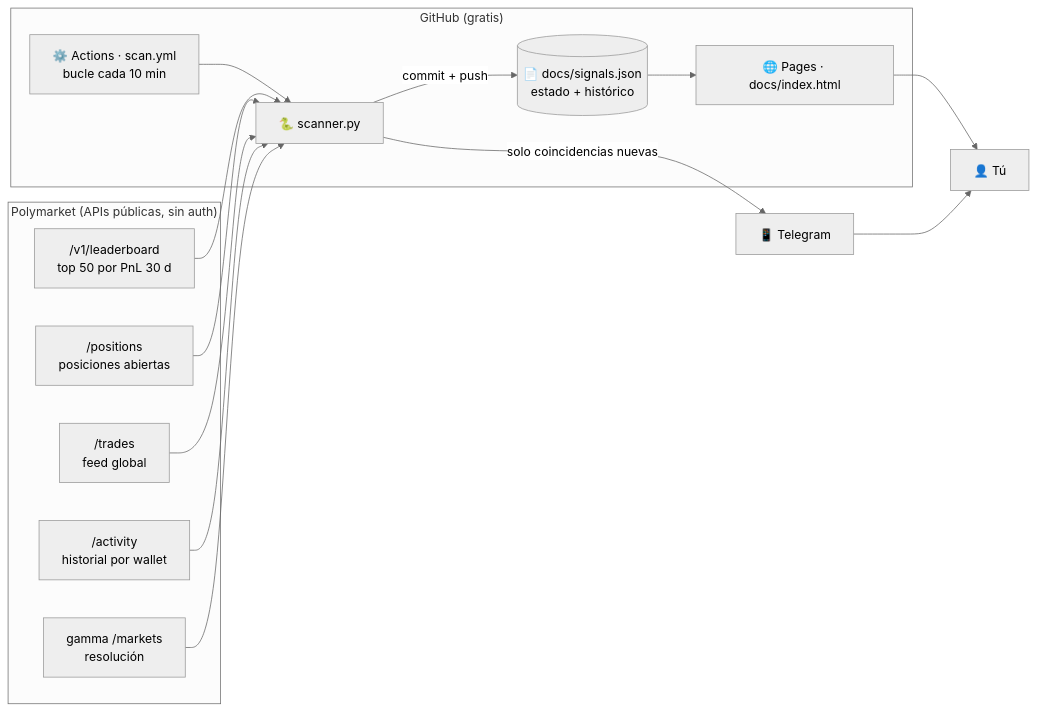
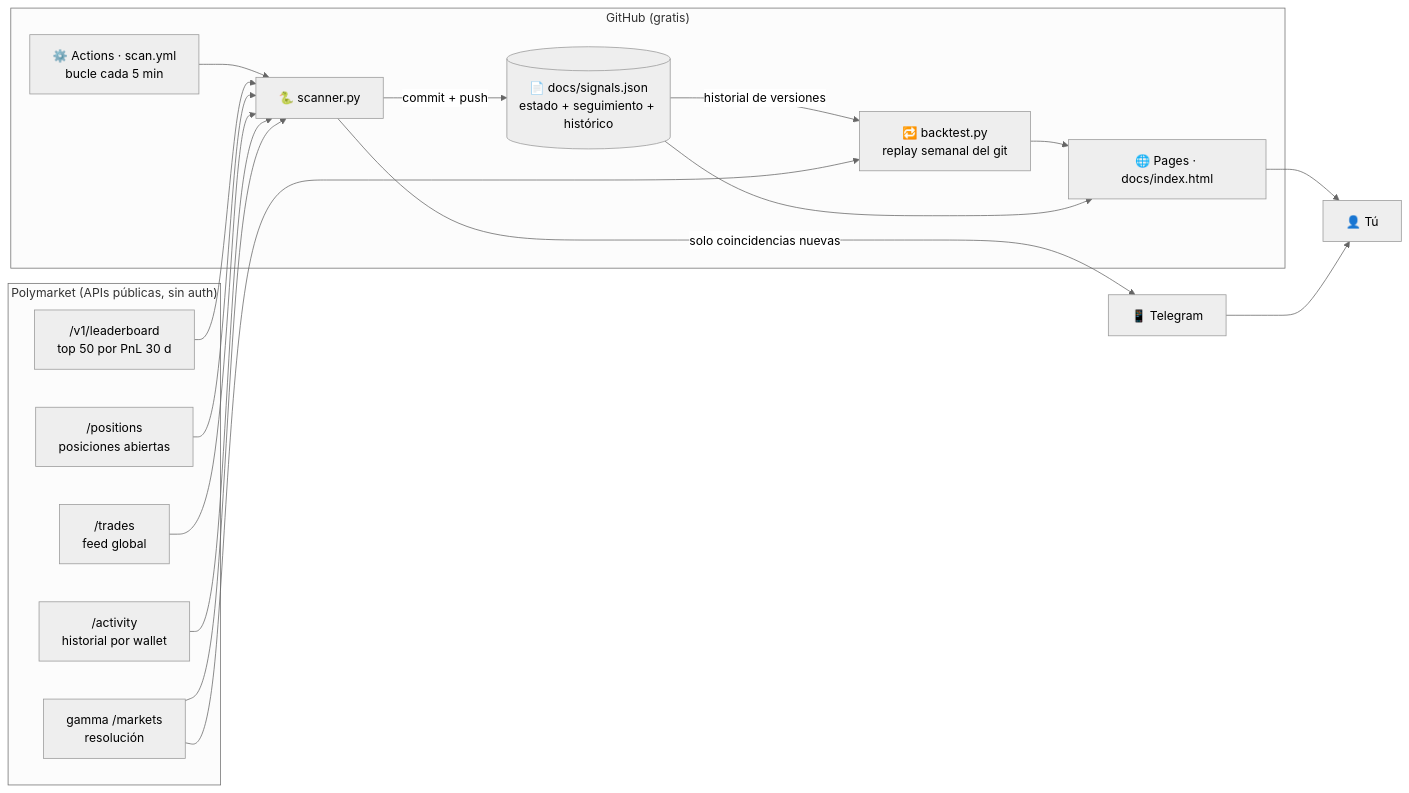
The first of 4 diagrams in README.md (edulabrador/polymarket-smart-money), drawn with Mermaid (neutral theme) before and after one commit. The commit also changed other lines of this file and 17 other files, not shown here.

First line of the commit message:
Medición fiable: seguimiento persistente, oráculo, ROI de alertas y backtest por replay (#2)

````diff
--- a/README.md
+++ b/README.md
@@ -95,28 +142,32 @@
 ```mermaid
 flowchart LR
     subgraph PM["Polymarket (APIs públicas, sin auth)"]
         LB["/v1/leaderboard<br/>top 50 por PnL 30 d"]
         POS["/positions<br/>posiciones abiertas"]
         TR["/trades<br/>feed global"]
         ACT["/activity<br/>historial por wallet"]
         GM["gamma /markets<br/>resolución"]
     end
 
     subgraph GH["GitHub (gratis)"]
-        A["⚙️ Actions · scan.yml<br/>bucle cada 10 min"]
+        A["⚙️ Actions · scan.yml<br/>bucle cada 5 min"]
         S["🐍 scanner.py"]
-        J[("📄 docs/signals.json<br/>estado + histórico")]
+        J[("📄 docs/signals.json<br/>estado + seguimiento + histórico")]
+        B["🔁 backtest.py<br/>replay semanal del git"]
         P["🌐 Pages · docs/index.html"]
     end
 
     T["📱 Telegram"]
     U["👤 Tú"]
 
     A --> S
     LB & POS & TR & ACT & GM --> S
     S -->|commit + push| J
+    J -->|historial de versiones| B
+    GM --> B
+    B --> P
     J --> P
     S -->|solo coincidencias nuevas| T
     P --> U
     T --> U
 ```
````
